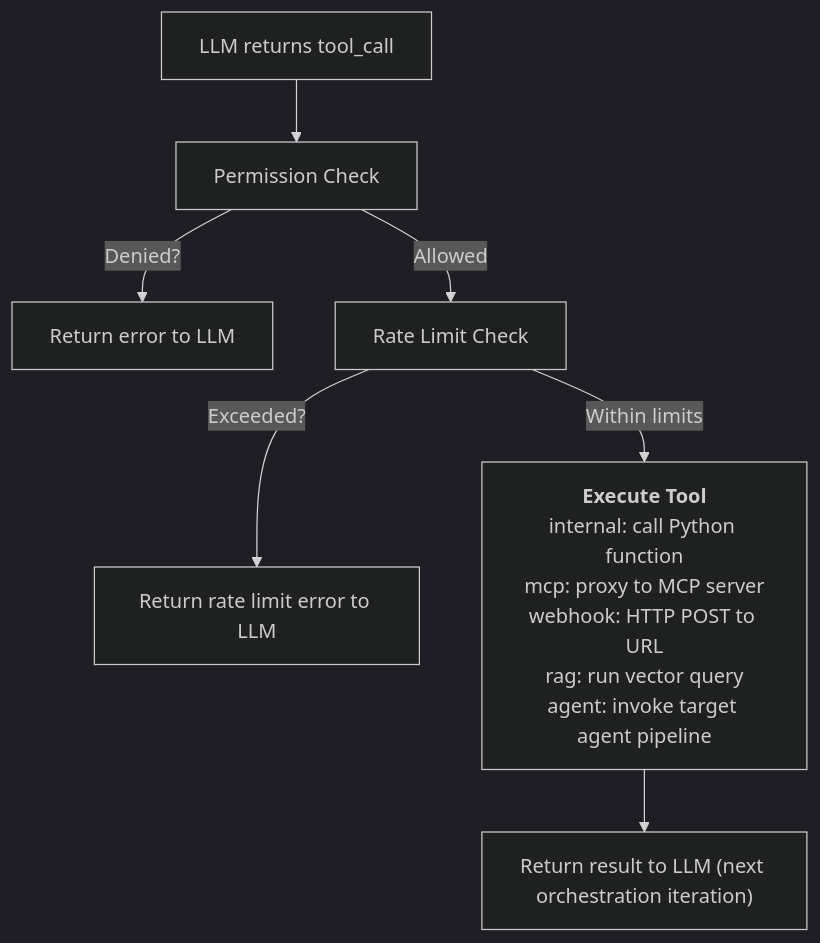
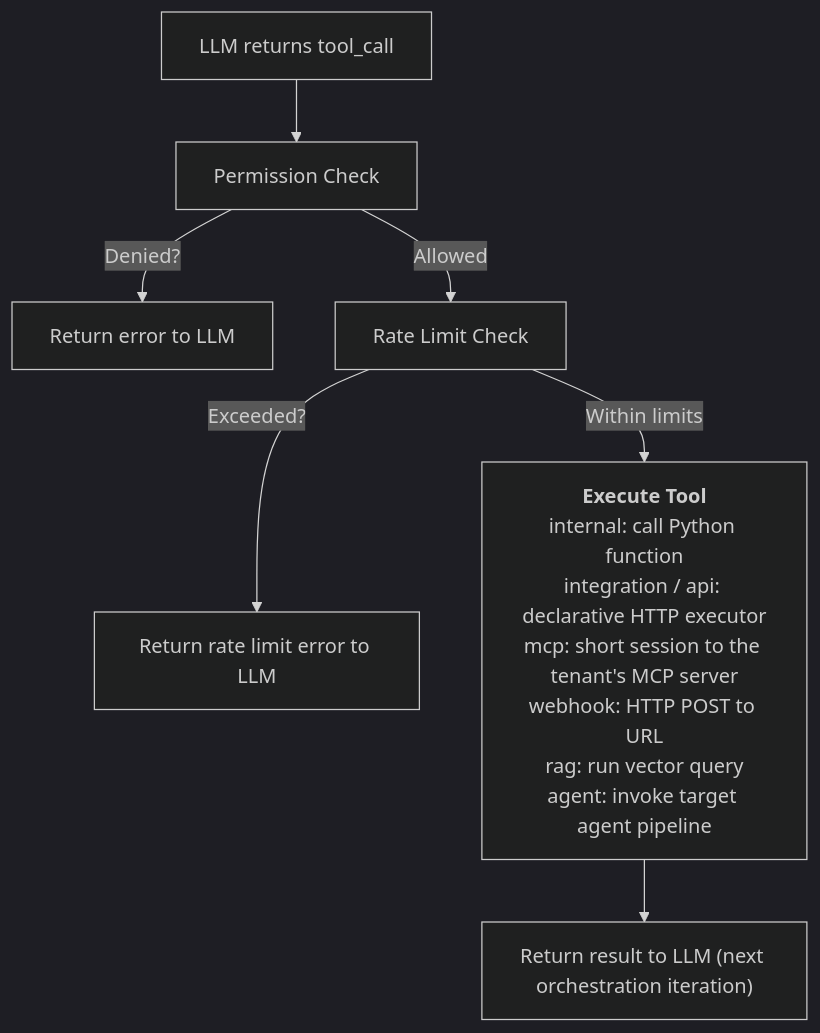
Before and after one commit to monaccode/astromesh: the diagram in docs-site/src/content/docs/reference/core/tool-registry.md, drawn with Mermaid (dark theme). The commit also changed other lines of this file and 70 other files, not shown here.

````diff
--- a/docs-site/src/content/docs/reference/core/tool-registry.md
+++ b/docs-site/src/content/docs/reference/core/tool-registry.md
@@ -279,14 +285,15 @@
 ```mermaid
 flowchart TB
     tc["LLM returns tool_call"] --> pc["Permission Check"]
     pc -- "Denied?" --> pe["Return error to LLM"]
     pc -- Allowed --> rl["Rate Limit Check"]
     rl -- "Exceeded?" --> re["Return rate limit error to LLM"]
     rl -- Within limits --> ex["`**Execute Tool**
     internal: call Python function
-    mcp: proxy to MCP server
+    integration / api: declarative HTTP executor
+    mcp: short session to the tenant's MCP server
     webhook: HTTP POST to URL
     rag: run vector query
     agent: invoke target agent pipeline`"]
     ex --> res["Return result to LLM (next orchestration iteration)"]
 ```
````
